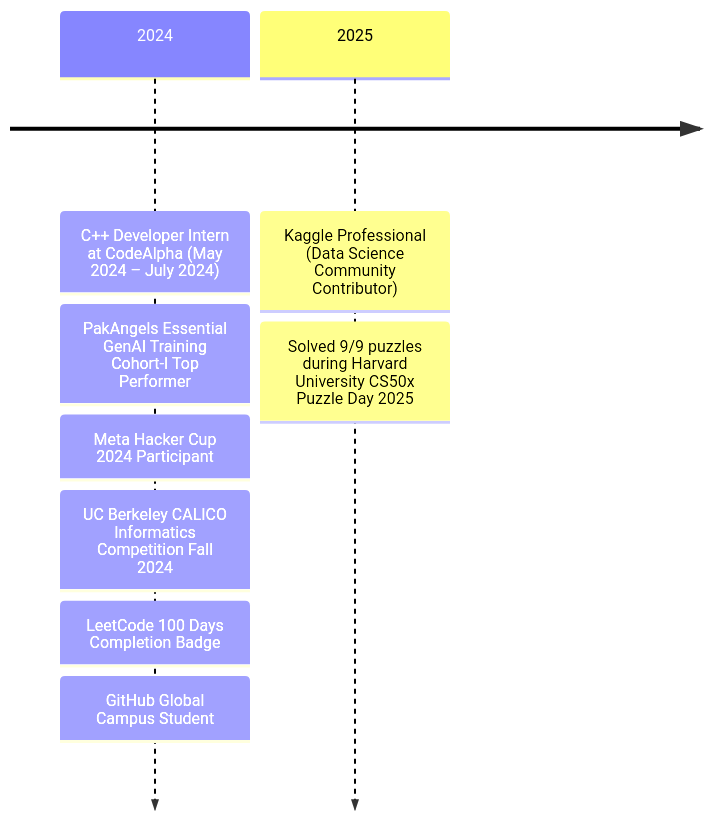
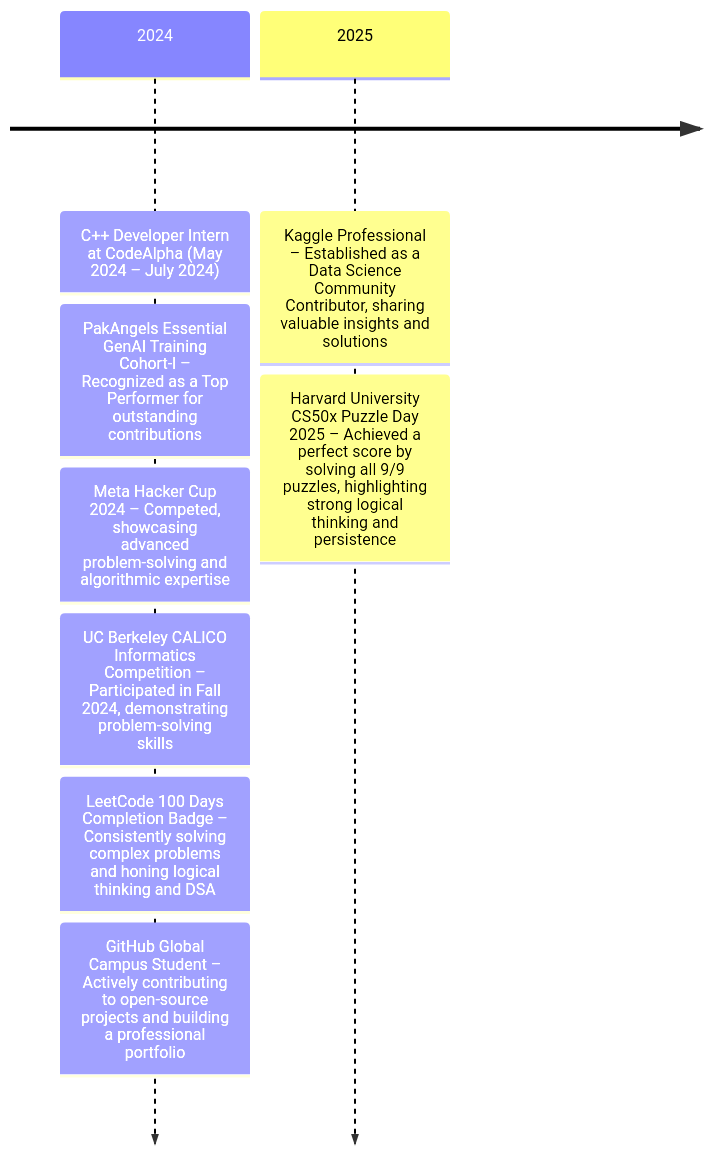
One commit to aysh34/aysh34 changed the diagram in README.md. Above: the diagram before and after it, drawn with Mermaid.

````diff
--- a/README.md
+++ b/README.md
@@ -66,12 +66,13 @@
 ```mermaid
 timeline
   2024 : C++ Developer Intern at CodeAlpha (May 2024 – July 2024)
-       : PakAngels Essential GenAI Training Cohort-I Top Performer
-       : Meta Hacker Cup 2024 Participant
-       : UC Berkeley CALICO Informatics Competition Fall 2024
-       : LeetCode 100 Days Completion Badge
-       : GitHub Global Campus Student 
+       : PakAngels Essential GenAI Training Cohort-I – Recognized as a Top Performer for outstanding contributions
+       : Meta Hacker Cup 2024 – Competed, showcasing advanced problem-solving and algorithmic expertise
+       : UC Berkeley CALICO Informatics Competition – Participated in Fall 2024, demonstrating problem-solving skills
+       : LeetCode 100 Days Completion Badge – Consistently solving complex problems and honing logical thinking and DSA 
+       : GitHub Global Campus Student – Actively contributing to open-source projects and building a professional portfolio
 
-  2025 : Kaggle Professional (Data Science Community Contributor)
-       : Solved 9/9 puzzles during Harvard University CS50x Puzzle Day 2025
+  2025 : Kaggle Professional – Established as a Data Science Community Contributor, sharing valuable insights and solutions
+       : Harvard University CS50x Puzzle Day 2025 – Achieved a perfect score by solving all 9/9 puzzles, highlighting strong logical thinking and persistence
+
 ```
````
